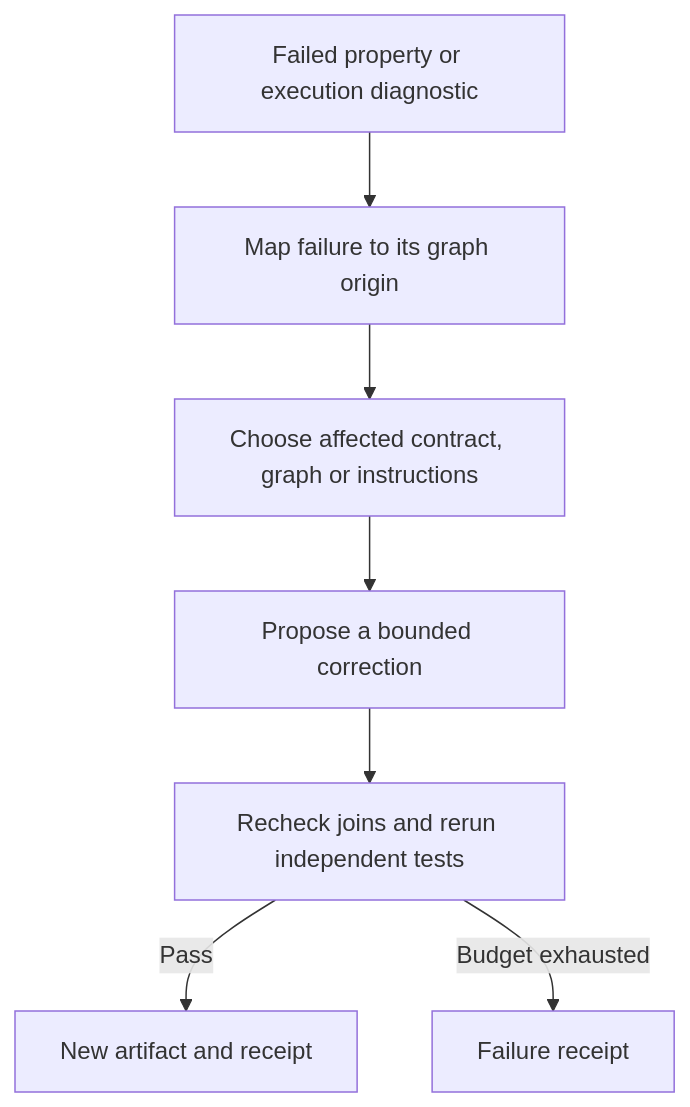
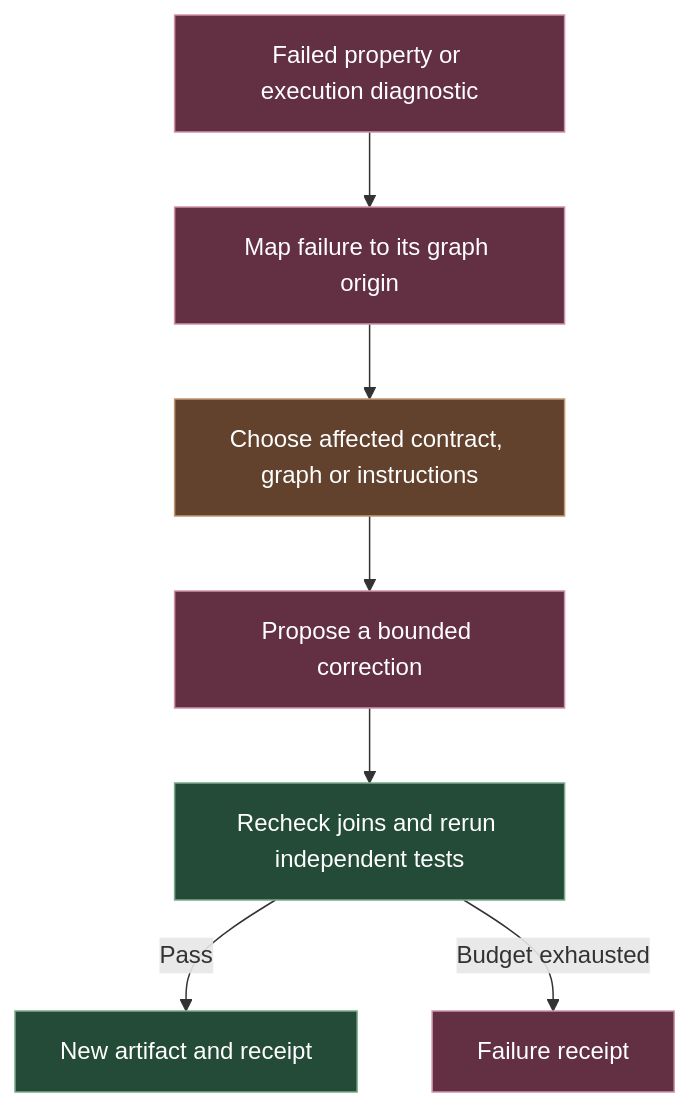
The sixth of 6 diagrams in docs/Subsystems.md (Kian-hdr/lore-demo), drawn with Mermaid before and after one commit. The commit also changed other lines of this file and 7 other files, not shown here.

Commit message:
IND-317 visualize memory architecture and use numeric hierarchy codes

````diff
--- a/docs/Subsystems.md
+++ b/docs/Subsystems.md
@@ -84,9 +106,15 @@
 ```mermaid
 flowchart TD
     A["Failed property or execution diagnostic"] --> B["Map failure to its graph origin"]
     B --> C["Choose affected contract, graph or instructions"]
     C --> D["Propose a bounded correction"]
     D --> E["Recheck joins and rerun independent tests"]
     E -->|Pass| F["New artifact and receipt"]
     E -->|Budget exhausted| G["Failure receipt"]
+    classDef change fill:#632f43,stroke:#cf93ab,color:#ffffff;
+    class A,B,D,G change;
+    classDef exec fill:#62422d,stroke:#c39770,color:#ffffff;
+    class C exec;
+    classDef check fill:#234b38,stroke:#7ba98c,color:#ffffff;
+    class E,F check;
 ```
````
